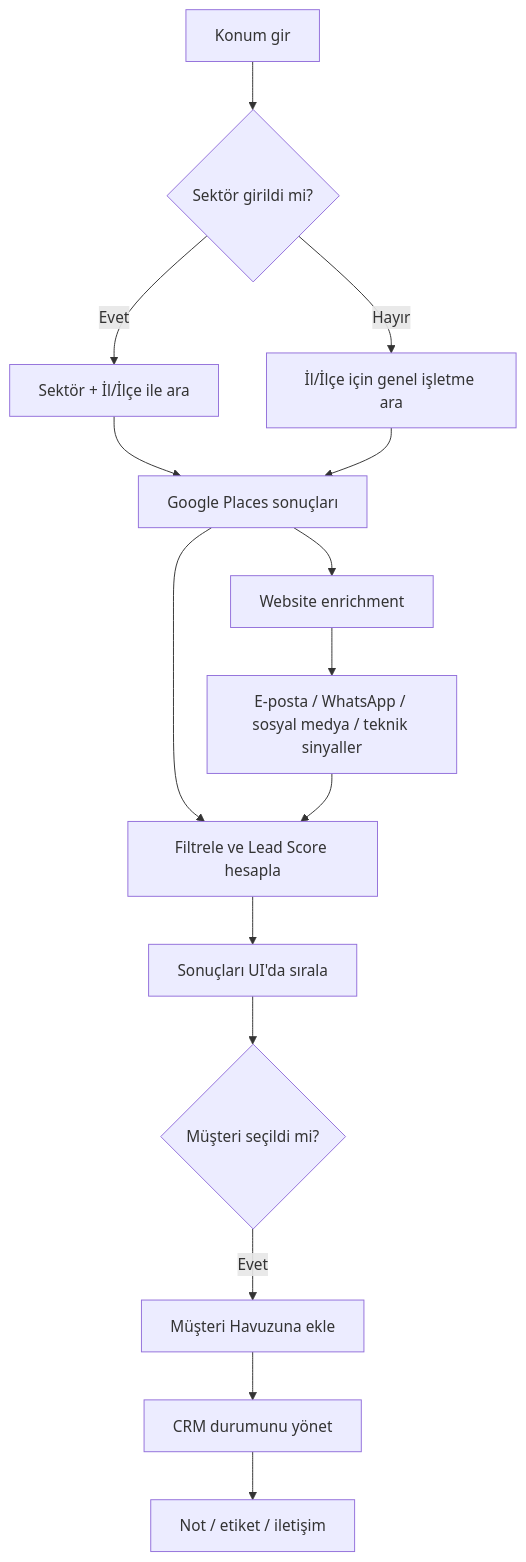
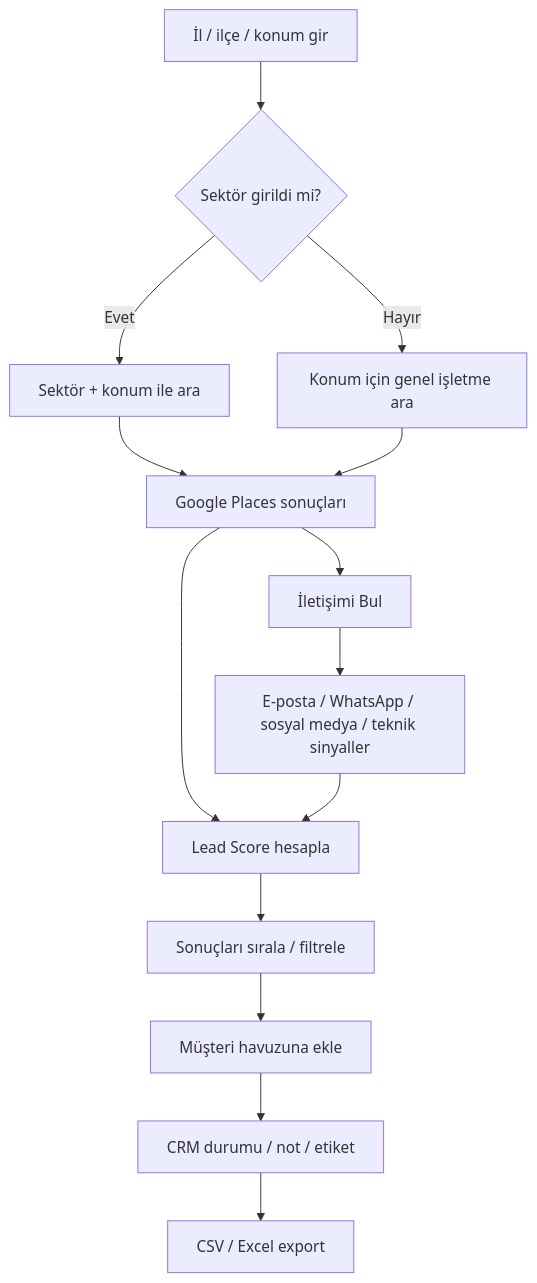
The second of 2 diagrams in PROJECT.md (Hypothesis99/google-musteri-toplama), drawn with Mermaid before and after one commit. The commit also changed other lines of this file, not shown here.

````diff
--- a/PROJECT.md
+++ b/PROJECT.md
@@ -65,17 +64,16 @@
 ```mermaid
 flowchart TD
-    A[Konum gir] --> B{Sektör girildi mi?}
-    B -- Evet --> C[Sektör + İl/İlçe ile ara]
-    B -- Hayır --> D[İl/İlçe için genel işletme ara]
+    A[İl / ilçe / konum gir] --> B{Sektör girildi mi?}
+    B -- Evet --> C[Sektör + konum ile ara]
+    B -- Hayır --> D[Konum için genel işletme ara]
     C --> E[Google Places sonuçları]
     D --> E
-    E --> F[Filtrele ve Lead Score hesapla]
-    F --> G[Sonuçları UI'da sırala]
-    G --> H{Müşteri seçildi mi?}
-    H -- Evet --> I[Müşteri Havuzuna ekle]
-    I --> J[CRM durumunu yönet]
-    J --> K[Not / etiket / iletişim]
-    E --> L[Website enrichment]
-    L --> M[E-posta / WhatsApp / sosyal medya / teknik sinyaller]
-    M --> F
+    E --> F[Lead Score hesapla]
+    F --> G[Sonuçları sırala / filtrele]
+    G --> H[Müşteri havuzuna ekle]
+    H --> I[CRM durumu / not / etiket]
+    E --> J[İletişimi Bul]
+    J --> K[E-posta / WhatsApp / sosyal medya / teknik sinyaller]
+    K --> F
+    I --> L[CSV / Excel export]
 ```
````
